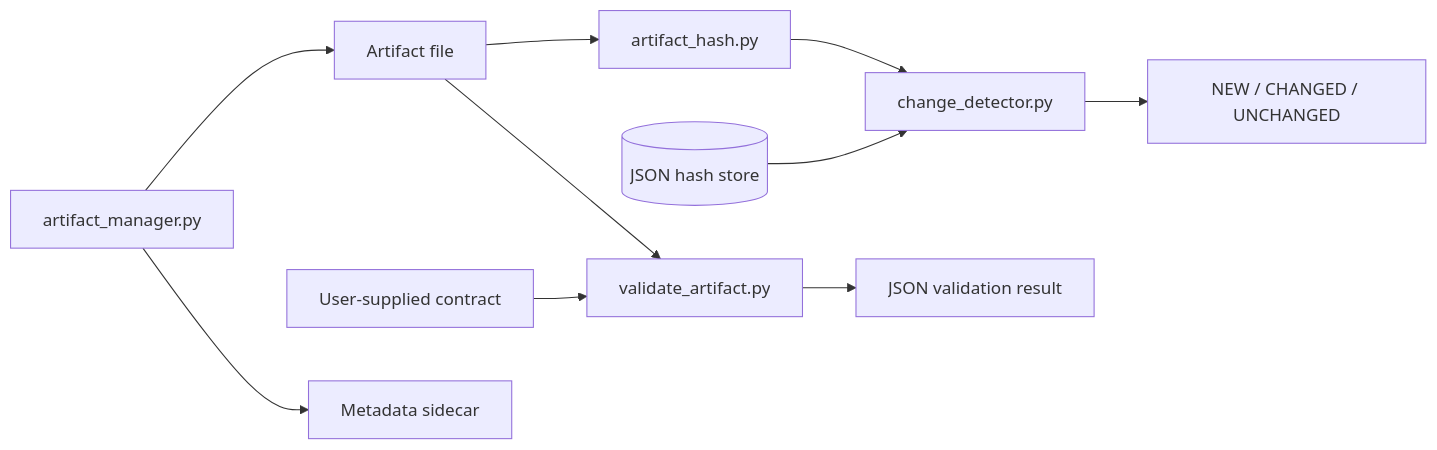
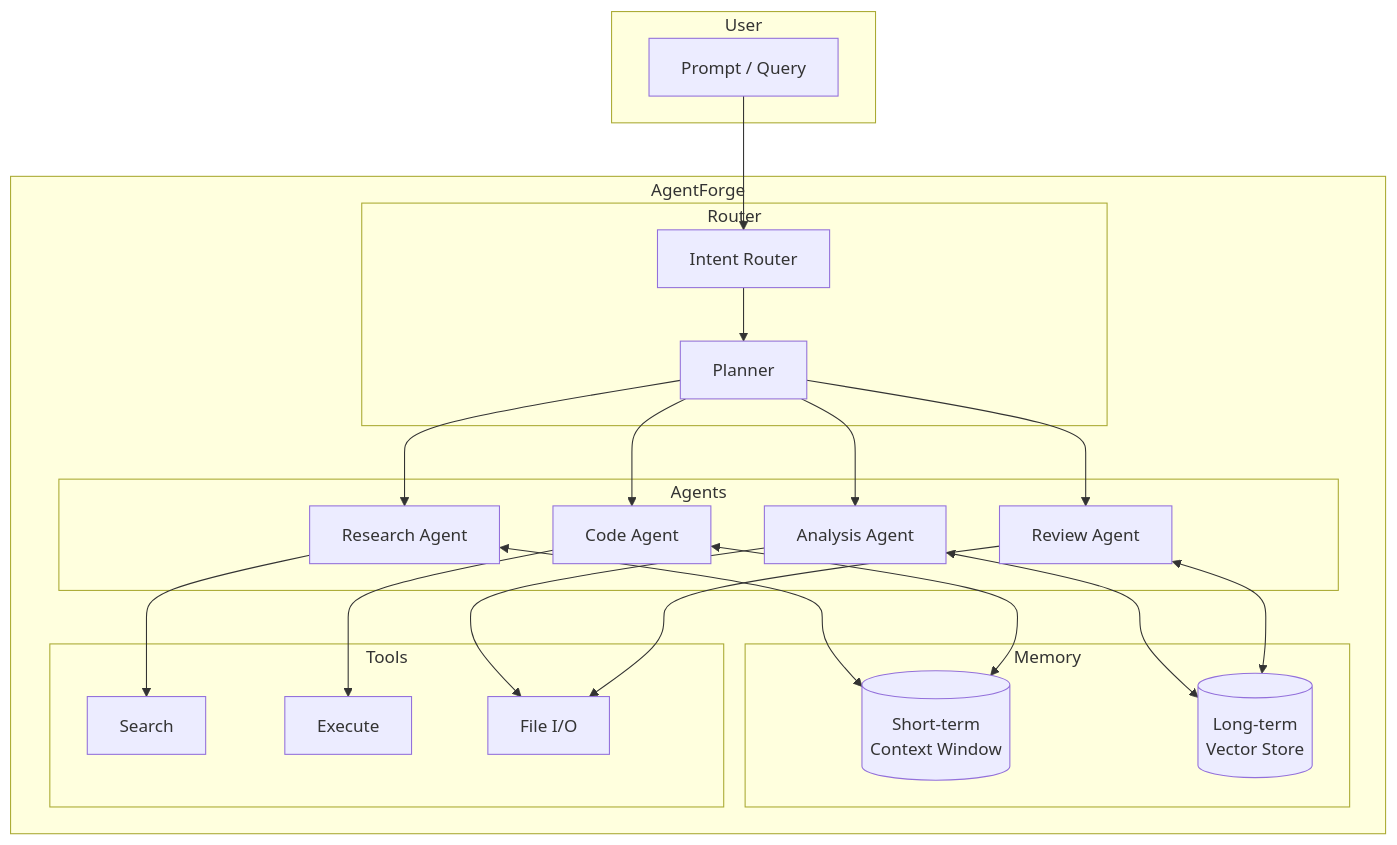
One commit to MdSadman20040812/AgentForge changed the diagram in README.md. Above: the diagram before and after it, drawn with Mermaid. The commit also changed other lines of this file, not shown here.

Commit message:
docs: refresh README with visuals, diagrams, and better presentation

````diff
--- a/README.md
+++ b/README.md
@@ -23,12 +11,41 @@
 ```mermaid
-flowchart LR
-    F[Artifact file] --> H[artifact_hash.py]
-    H --> C[change_detector.py]
-    S[(JSON hash store)] --> C
-    C --> D[NEW / CHANGED / UNCHANGED]
-    F --> V[validate_artifact.py]
-    R[User-supplied contract] --> V
-    V --> O[JSON validation result]
-    M[artifact_manager.py] --> F
-    M --> META[Metadata sidecar]
+graph TB
+    subgraph User
+        P[Prompt / Query]
+    end
+    subgraph AgentForge
+        subgraph Router
+            R[Intent Router]
+            PL[Planner]
+        end
+        subgraph Agents
+            A1[Research Agent]
+            A2[Code Agent]
+            A3[Analysis Agent]
+            A4[Review Agent]
+        end
+        subgraph Memory
+            SM[(Short-term<br/>Context Window)]
+            LM[(Long-term<br/>Vector Store)]
+        end
+        subgraph Tools
+            T1[Search]
+            T2[Execute]
+            T3[File I/O]
+        end
+    end
+    P --> R
+    R --> PL
+    PL --> A1
+    PL --> A2
+    PL --> A3
+    PL --> A4
+    A1 <--> SM
+    A2 <--> SM
+    A3 <--> LM
+    A4 <--> LM
+    A1 --> T1
+    A2 --> T2
+    A3 --> T3
+    A4 --> T3
 ```
````
